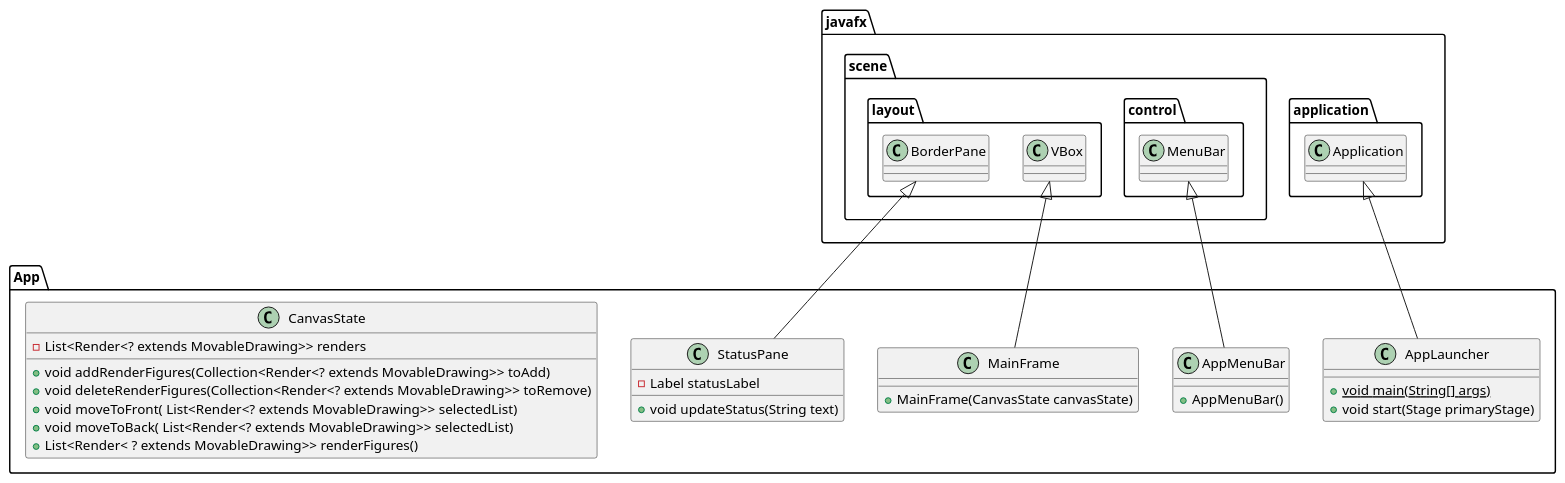
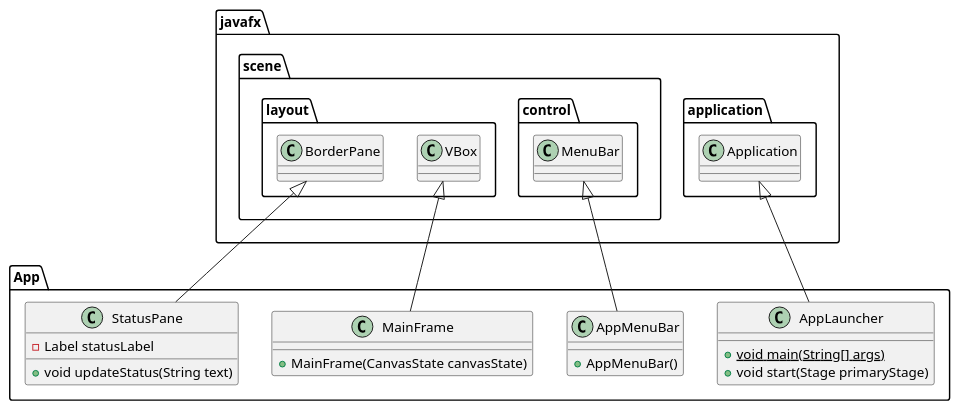
Before and after one commit to camilaDiToro/PAINT-TP-FINAL-POO: the diagram in src/main/java/UML's/Application.puml, drawn with PlantUML. The commit also changed 26 other files, not shown here.

```diff
--- a/src/main/java/UML's/Application.puml
+++ b/src/main/java/UML's/Application.puml
@@ -1,55 +1,44 @@
 @startuml
 'https://plantuml.com/class-diagram
 
 package javafx.application {
    class Application
 }
 
 package javafx.scene.control {
     class MenuBar
 }
 
 package javafx.scene.layout {
      class VBox
      class BorderPane
 }
 
 package App{
 class AppLauncher {
    +{static} void main(String[] args)
    +void start(Stage primaryStage)
 }
 
 Application <|-- AppLauncher
 MenuBar <|-- AppMenuBar
 VBox <|-- MainFrame
 BorderPane <|-- StatusPane
 
 class AppMenuBar {
     +AppMenuBar()
 }
 
 
 class StatusPane{
   -Label statusLabel
   +void updateStatus(String text)
 }
 
-class CanvasState {
-
-    - List<Render<? extends MovableDrawing>> renders
-
-    + void addRenderFigures(Collection<Render<? extends MovableDrawing>> toAdd)
-    + void deleteRenderFigures(Collection<Render<? extends MovableDrawing>> toRemove)
-    + void moveToFront( List<Render<? extends MovableDrawing>> selectedList)
-    + void moveToBack( List<Render<? extends MovableDrawing>> selectedList)
-    + List<Render< ? extends MovableDrawing>> renderFigures()
-}
-
 class MainFrame {
 
     +MainFrame(CanvasState canvasState)
 }
 
 }
 @enduml
```
